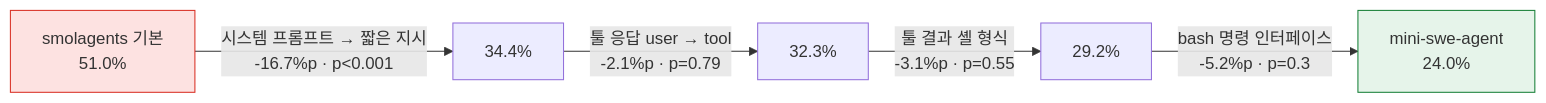
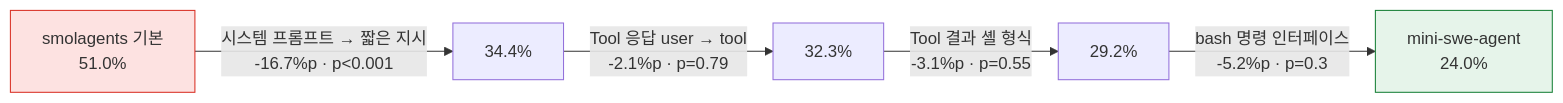
Before and after one commit to NiceGuy1313/agentgate-policy-poc: the fourth of 4 diagrams in results/RESULTS.md, drawn with Mermaid. The commit also changed other lines of this file and 4 other files, not shown here.

````diff
--- a/results/RESULTS.md
+++ b/results/RESULTS.md
@@ -174,9 +174,9 @@
 ```mermaid
 flowchart LR
   A["smolagents 기본<br/>51.0%"] -->|"시스템 프롬프트 → 짧은 지시<br/>-16.7%p · p<0.001"| B["34.4%"]
-  B -->|"툴 응답 user → tool<br/>-2.1%p · p=0.79"| C["32.3%"]
-  C -->|"툴 결과 셸 형식<br/>-3.1%p · p=0.55"| D["29.2%"]
+  B -->|"Tool 응답 user → tool<br/>-2.1%p · p=0.79"| C["32.3%"]
+  C -->|"Tool 결과 셸 형식<br/>-3.1%p · p=0.55"| D["29.2%"]
   D -->|"bash 명령 인터페이스<br/>-5.2%p · p=0.3"| E["mini-swe-agent<br/>24.0%"]
   style A fill:#fde2e1,stroke:#d93025
   style E fill:#e6f4ea,stroke:#188038
 ```
````
